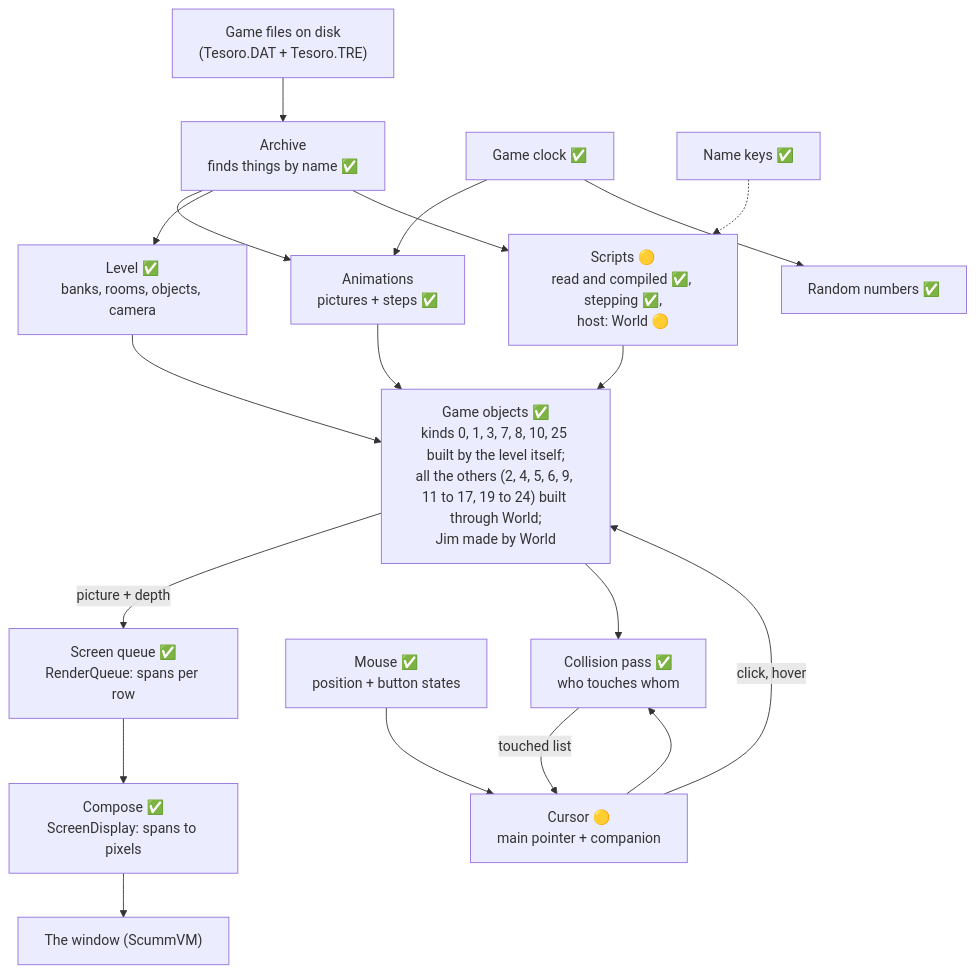
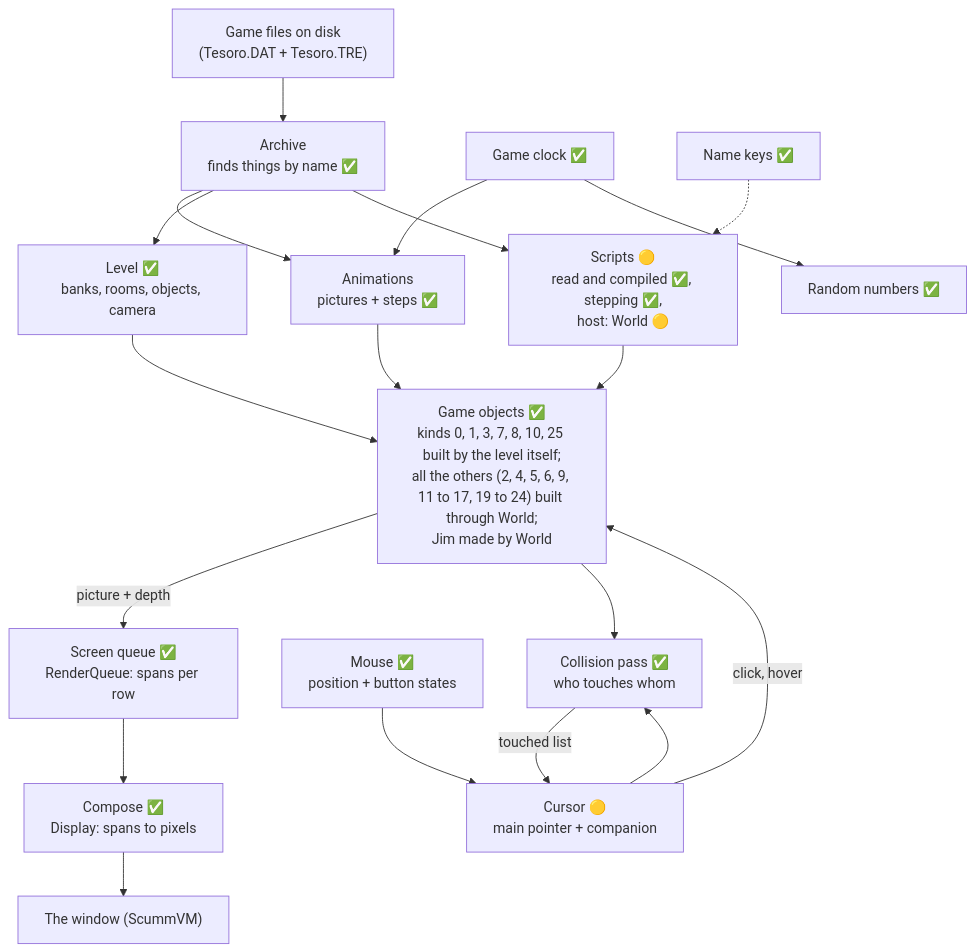
Before and after one commit to kelmer44/tesoro-stuff: the first of 8 diagrams in re/SUBSYSTEMS.md, drawn with Mermaid. The commit also changed other lines of this file and 6 other files, not shown here.

````diff
--- a/re/SUBSYSTEMS.md
+++ b/re/SUBSYSTEMS.md
@@ -54,21 +54,21 @@
 ```mermaid
 flowchart TD
     Disk["Game files on disk<br/>(Tesoro.DAT + Tesoro.TRE)"] --> Archive["Archive<br/>finds things by name ✅"]
     Archive --> Anim["Animations<br/>pictures + steps ✅"]
     Archive --> Level["Level ✅<br/>banks, rooms, objects, camera"]
     Clock["Game clock ✅"] --> Anim
     Anim --> Objects["Game objects ✅<br/>kinds 0, 1, 3, 7, 8, 10, 25 built by the level itself;<br/>all the others (2, 4, 5, 6, 9, 11 to 17, 19 to 24) built through World;<br/>Jim made by World"]
     Level --> Objects
     Objects -->|"picture + depth"| Queue["Screen queue ✅<br/>RenderQueue: spans per row"]
-    Queue --> Compose["Compose ✅<br/>ScreenDisplay: spans to pixels"]
+    Queue --> Compose["Compose ✅<br/>Display: spans to pixels"]
     Compose --> Window["The window (ScummVM)"]
     Mouse["Mouse ✅<br/>position + button states"] --> Cursor["Cursor 🟡<br/>main pointer + companion"]
     Cursor --> Collide["Collision pass ✅<br/>who touches whom"]
     Objects --> Collide
     Collide -->|"touched list"| Cursor
     Cursor -->|"click, hover"| Objects
     Clock --> Random["Random numbers ✅"]
     Names["Name keys ✅"] -.-> Scripts["Scripts 🟡<br/>read and compiled ✅, stepping ✅,<br/>host: World 🟡"]
     Archive --> Scripts
     Scripts --> Objects
 ```
````
